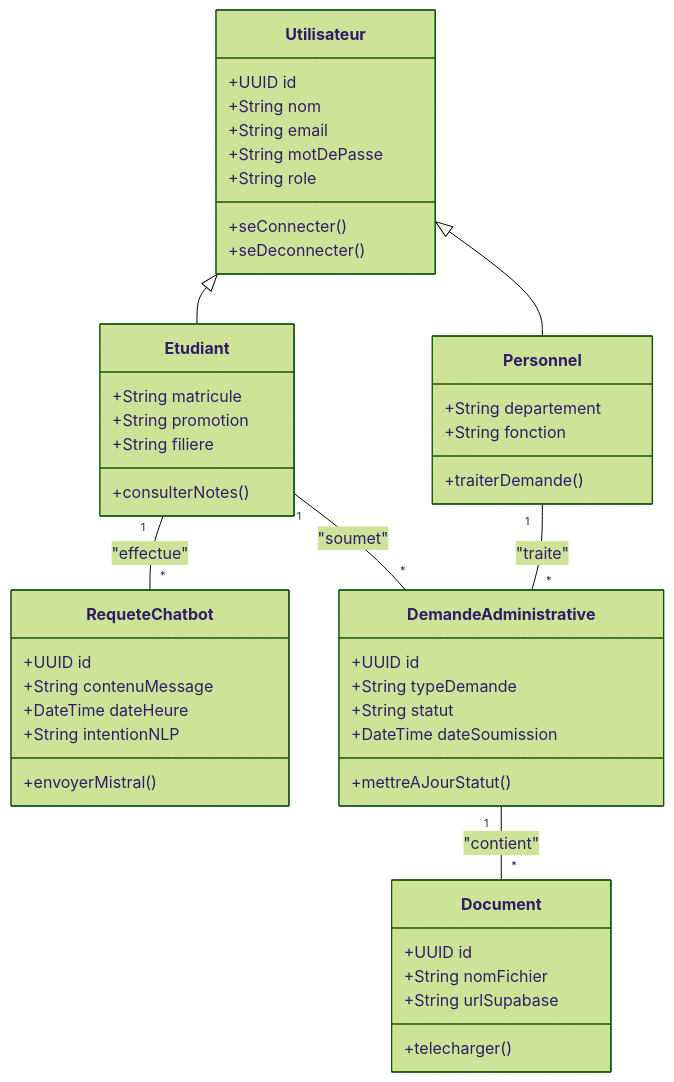
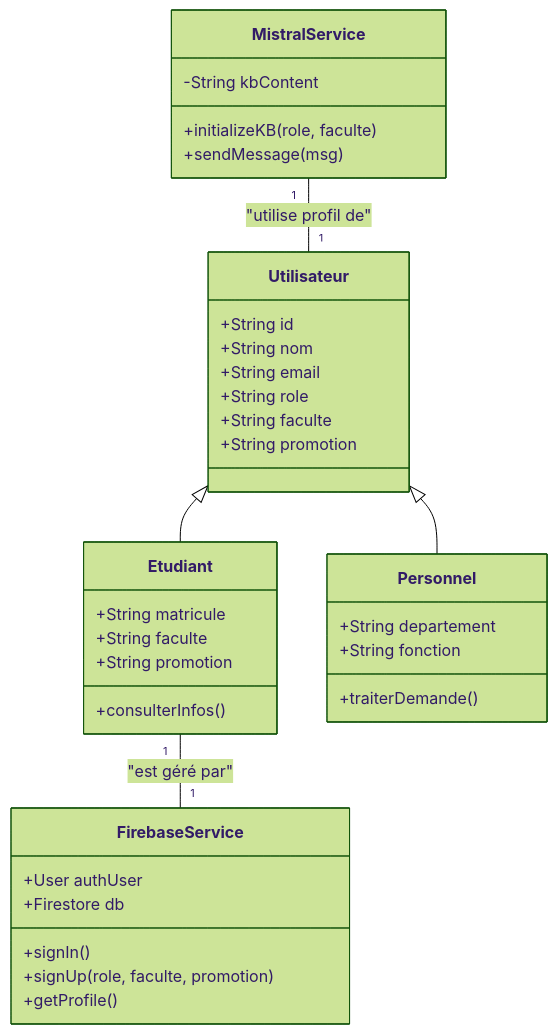
Before and after one commit to Emilio0873/uwb: the second of 3 diagrams in docs/uml_diagrams.md, drawn with Mermaid (forest theme). The commit also changed other lines of this file and 55 other files, not shown here.

````diff
--- a/docs/uml_diagrams.md
+++ b/docs/uml_diagrams.md
@@ -48,55 +63,43 @@
 ```mermaid
 classDiagram
     class Utilisateur {
-        +UUID id
+        +String id
         +String nom
         +String email
-        +String motDePasse
         +String role
-        +seConnecter()
-        +seDeconnecter()
+        +String faculte
+        +String promotion
     }
     
     class Etudiant {
         +String matricule
+        +String faculte
         +String promotion
-        +String filiere
-        +consulterNotes()
+        +consulterInfos()
     }
     
     class Personnel {
         +String departement
         +String fonction
         +traiterDemande()
     }
     
-    class RequeteChatbot {
-        +UUID id
-        +String contenuMessage
-        +DateTime dateHeure
-        +String intentionNLP
-        +envoyerMistral()
+    class FirebaseService {
+        +User authUser
+        +Firestore db
+        +signIn()
+        +signUp(role, faculte, promotion)
+        +getProfile()
     }
     
-    class DemandeAdministrative {
-        +UUID id
-        +String typeDemande
-        +String statut
-        +DateTime dateSoumission
-        +mettreAJourStatut()
-    }
-    
-    class Document {
-        +UUID id
-        +String nomFichier
-        +String urlSupabase
-        +telecharger()
+    class MistralService {
+        -String kbContent
+        +initializeKB(role, faculte)
+        +sendMessage(msg)
     }
 
     Utilisateur <|-- Etudiant
     Utilisateur <|-- Personnel
-    Etudiant "1" -- "*" RequeteChatbot : "effectue"
-    Etudiant "1" -- "*" DemandeAdministrative : "soumet"
-    Personnel "1" -- "*" DemandeAdministrative : "traite"
-    DemandeAdministrative "1" -- "*" Document : "contient"
+    Etudiant "1" -- "1" FirebaseService : "est géré par"
+    MistralService "1" -- "1" Utilisateur : "utilise profil de"
 ```
````
